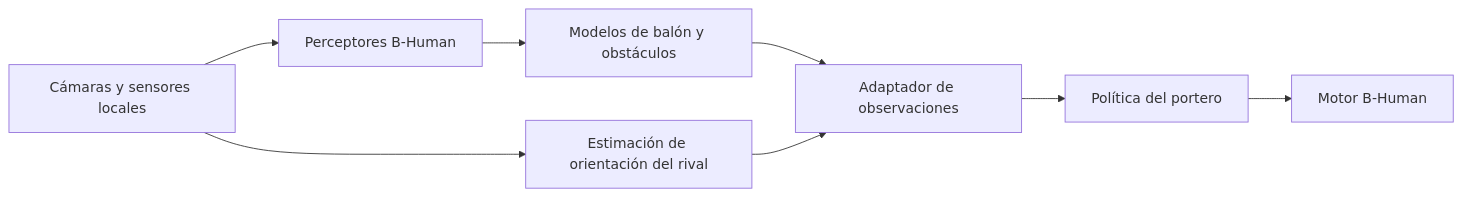
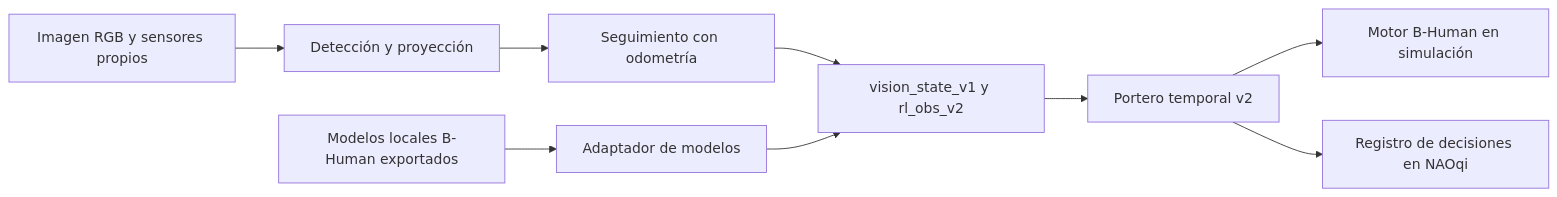
One commit to Limao0521/PenaltyStack changed the diagram in docs/VISION_PORTERO.md. Above: the diagram before and after it, drawn with Mermaid. The commit also changed other lines of this file and 45 other files, not shown here.

````diff
--- a/docs/VISION_PORTERO.md
+++ b/docs/VISION_PORTERO.md
@@ -65,10 +32,11 @@
 ```mermaid
 flowchart LR
-    C[Cámaras y sensores locales] --> P[Perceptores B-Human]
-    P --> M[Modelos de balón y obstáculos]
-    C --> Y[Estimación de orientación del rival]
-    M --> A[Adaptador de observaciones]
-    Y --> A
-    A --> K[Política del portero]
-    K --> B[Motor B-Human]
+    C[Imagen RGB y sensores propios] --> D[Detección y proyección]
+    D --> T[Seguimiento con odometría]
+    B[Modelos locales B-Human exportados] --> A[Adaptador de modelos]
+    T --> V[vision_state_v1 y rl_obs_v2]
+    A --> V
+    V --> K[Portero temporal v2]
+    K --> S[Motor B-Human en simulación]
+    K --> N[Registro de decisiones en NAOqi]
 ```
````
